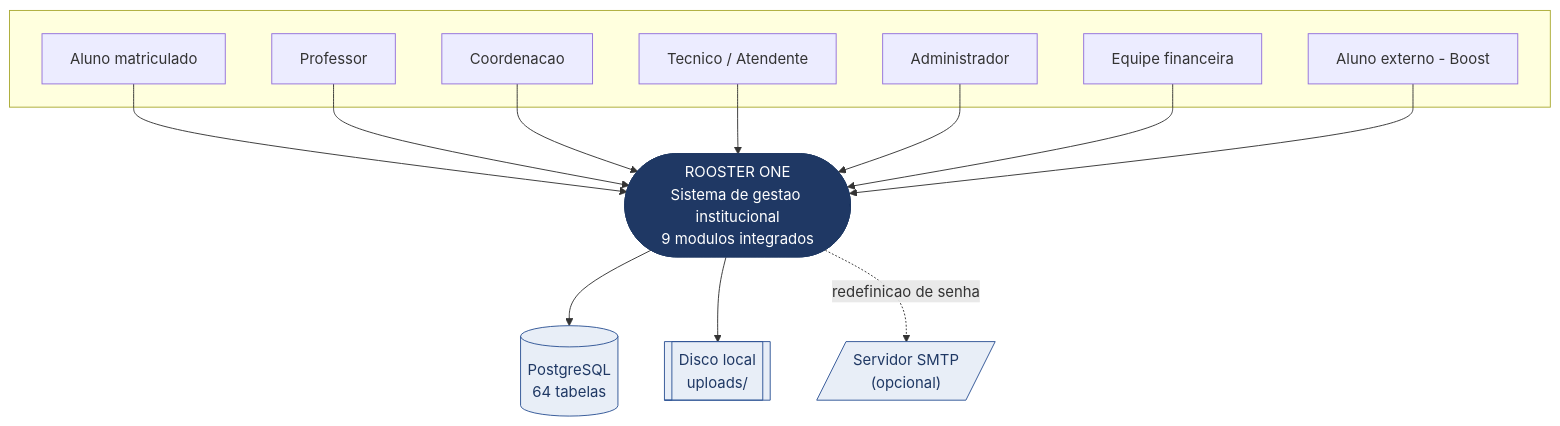
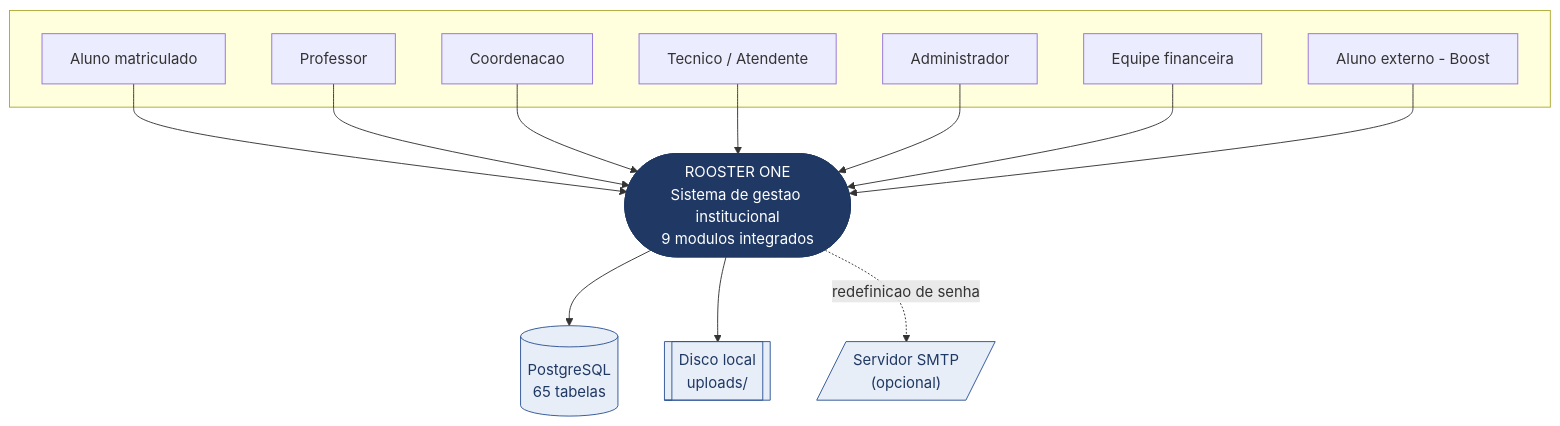
One commit to bebberjoao/RoosterOneBackend changed the diagram in docs/diagramas/src/contexto.mmd. Above: the diagram before and after it, drawn with Mermaid. The commit also changed 28 other files, not shown here.

```diff
--- a/docs/diagramas/src/contexto.mmd
+++ b/docs/diagramas/src/contexto.mmd
@@ -1,33 +1,33 @@
 graph TB
   subgraph Externo[" "]
     AI[Aluno matriculado]
     PR[Professor]
     CO[Coordenacao]
     TE[Tecnico / Atendente]
     AD[Administrador]
     FI[Equipe financeira]
     EX[Aluno externo - Boost]
   end
 
   RO(["ROOSTER ONE<br/>Sistema de gestao institucional<br/>9 modulos integrados"])
 
-  PG[("PostgreSQL<br/>64 tabelas")]
+  PG[("PostgreSQL<br/>65 tabelas")]
   FS[["Disco local<br/>uploads/"]]
   SMTP[/"Servidor SMTP<br/>(opcional)"/]
 
   AI --> RO
   PR --> RO
   CO --> RO
   TE --> RO
   AD --> RO
   FI --> RO
   EX --> RO
 
   RO --> PG
   RO --> FS
   RO -.->|redefinicao de senha| SMTP
 
   classDef sistema fill:#1F3864,stroke:#1F3864,color:#fff
   classDef dados fill:#E8EEF7,stroke:#2E5395,color:#1F3864
   class RO sistema
   class PG,FS,SMTP dados
```
